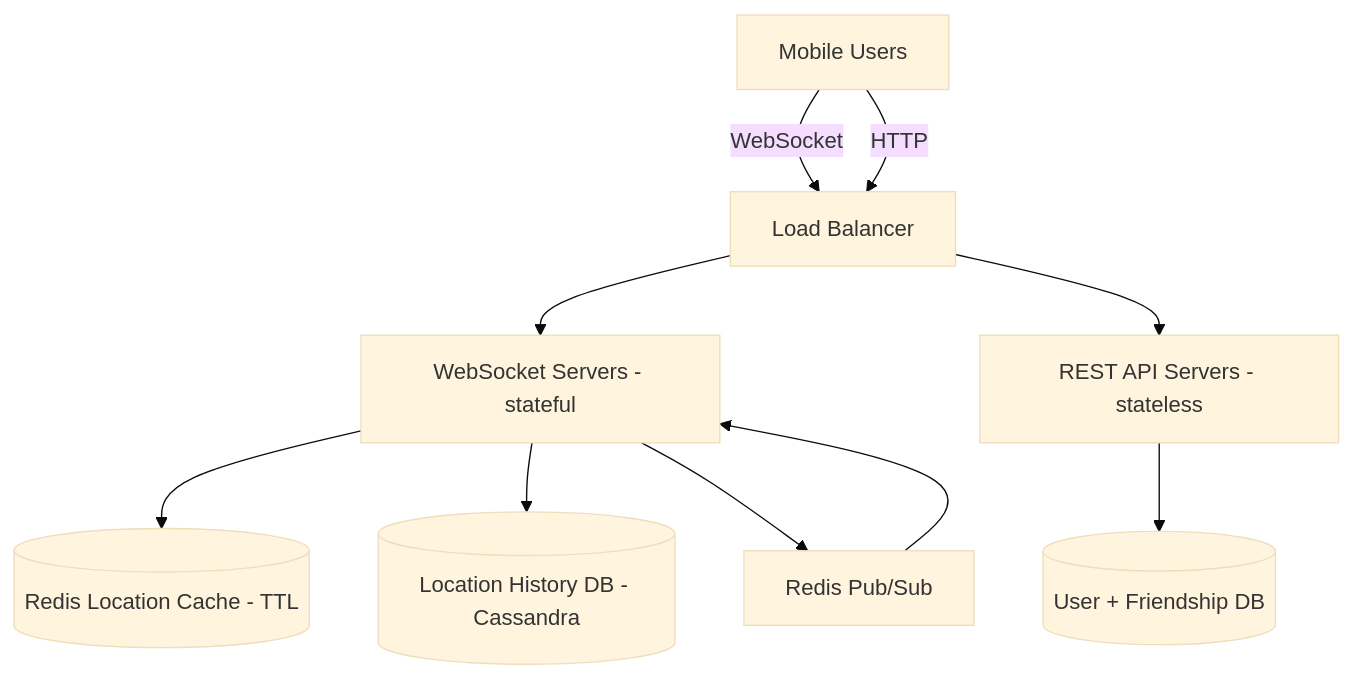
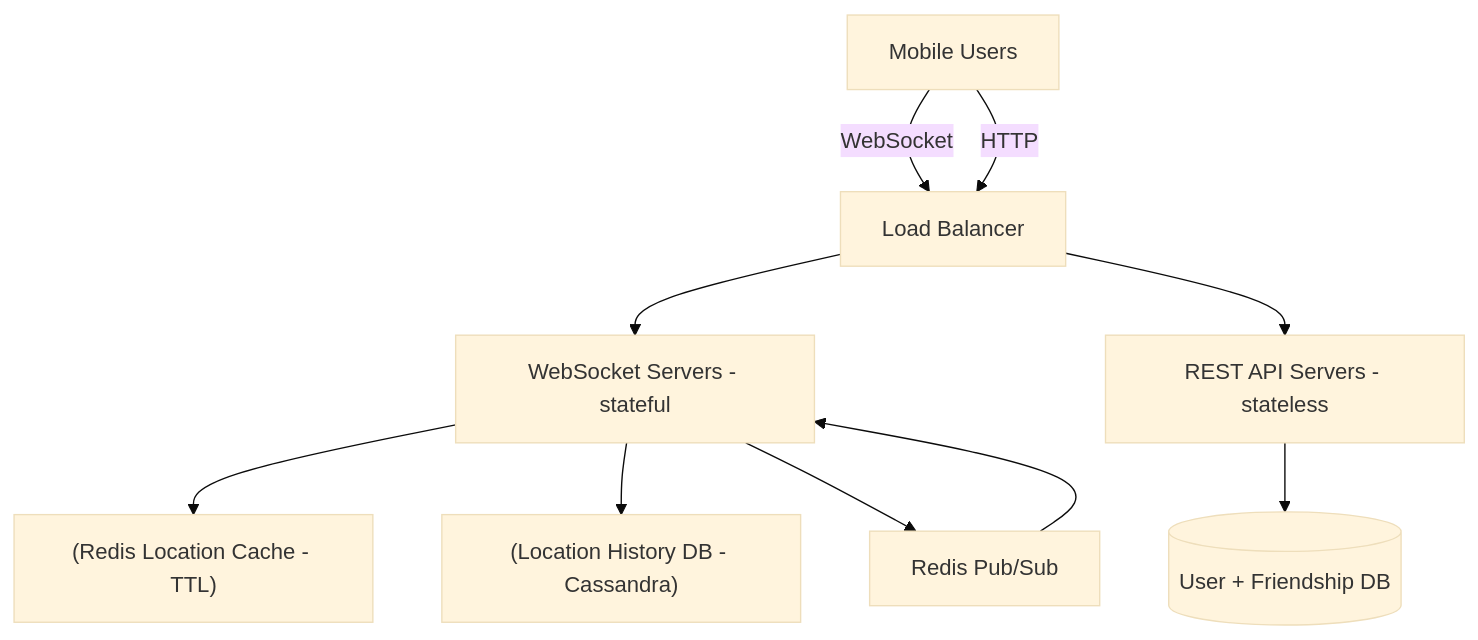
The first of 3 diagrams in files/Book-System-Design-Vol-2/02-nearby-friends.md (pankajThakur1874/studysheet), drawn with Mermaid (base theme) before and after one commit. The commit also changed other lines of this file and 102 other files, not shown here.

Commit message:
Auto-fix Mermaid diagram syntax across all study guides to prevent Syntax Error in Mermaid v10

````diff
--- a/files/Book-System-Design-Vol-2/02-nearby-friends.md
+++ b/files/Book-System-Design-Vol-2/02-nearby-friends.md
@@ -51,12 +51,12 @@
 ```mermaid
 flowchart TD
     M[Mobile Users] -->|WebSocket| LB[Load Balancer]
     M -->|HTTP| LB
     LB --> WS[WebSocket Servers - stateful]
     LB --> API[REST API Servers - stateless]
-    WS --> LC[(Redis Location Cache - TTL)]
-    WS --> LH[(Location History DB - Cassandra)]
-    WS --> PS[Redis Pub/Sub]
-    API --> UDB[(User + Friendship DB)]
+    WS --> LC["(Redis Location Cache - TTL)"]
+    WS --> LH["(Location History DB - Cassandra)"]
+    WS --> PS["Redis Pub/Sub"]
+    API --> UDB[("User + Friendship DB")]
     PS --> WS
 ```
````
